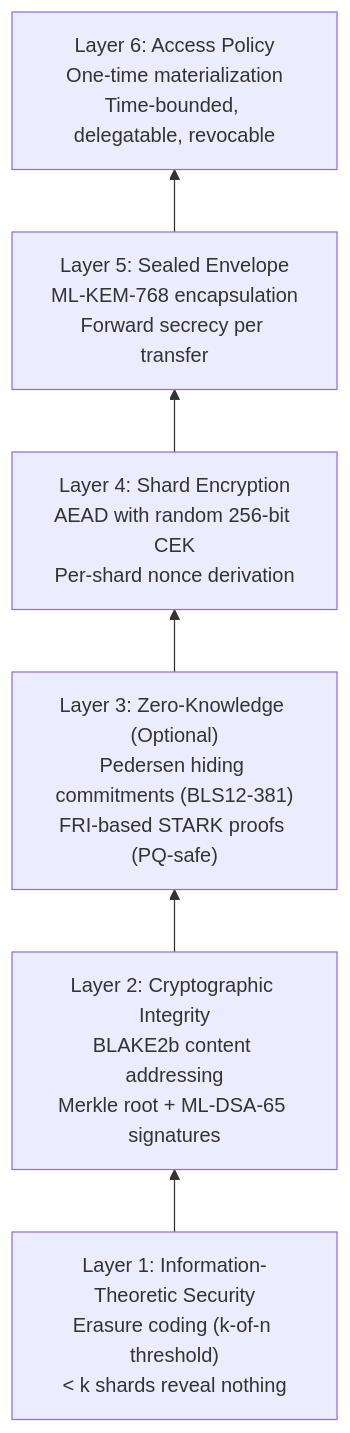
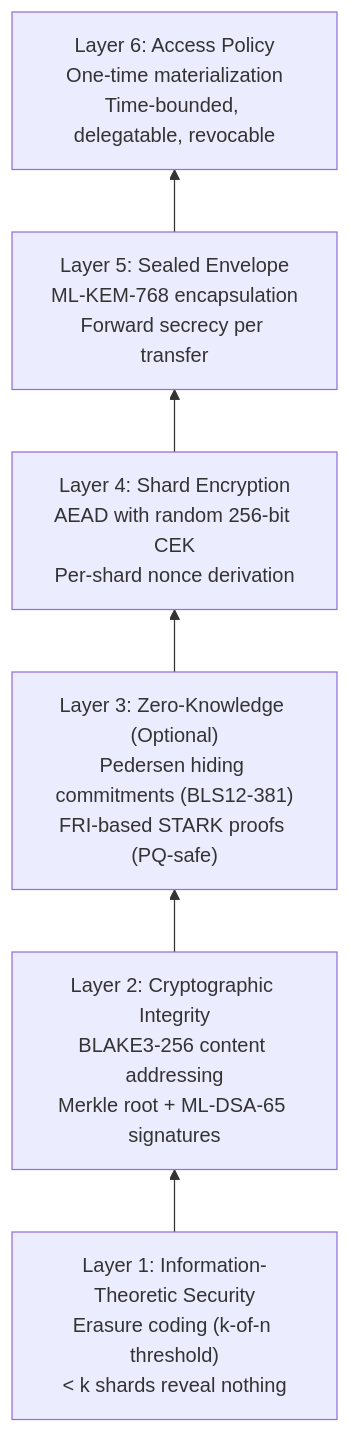
One commit to nanofaxcopy/suwappu-lattice-protocol changed the third of 3 diagrams in README.md. Above: the diagram before and after it, drawn with Mermaid. The commit also changed other lines of this file and 6 other files, not shown here.

````diff
--- a/README.md
+++ b/README.md
@@ -201,15 +215,15 @@
 ```mermaid
 flowchart BT
     L1["Layer 1: Information-Theoretic Security\nErasure coding (k-of-n threshold)\n< k shards reveal nothing"]
-    L2["Layer 2: Cryptographic Integrity\nBLAKE2b content addressing\nMerkle root + ML-DSA-65 signatures"]
+    L2["Layer 2: Cryptographic Integrity\nBLAKE3-256 content addressing\nMerkle root + ML-DSA-65 signatures"]
     L3["Layer 3: Zero-Knowledge (Optional)\nPedersen hiding commitments (BLS12-381)\nFRI-based STARK proofs (PQ-safe)"]
     L4["Layer 4: Shard Encryption\nAEAD with random 256-bit CEK\nPer-shard nonce derivation"]
     L5["Layer 5: Sealed Envelope\nML-KEM-768 encapsulation\nForward secrecy per transfer"]
     L6["Layer 6: Access Policy\nOne-time materialization\nTime-bounded, delegatable, revocable"]
 
     L1 --> L2
     L2 --> L3
     L3 --> L4
     L4 --> L5
     L5 --> L6
 ```
````
